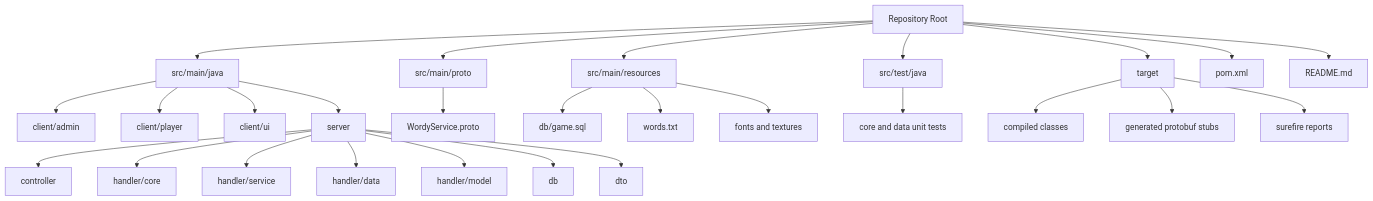
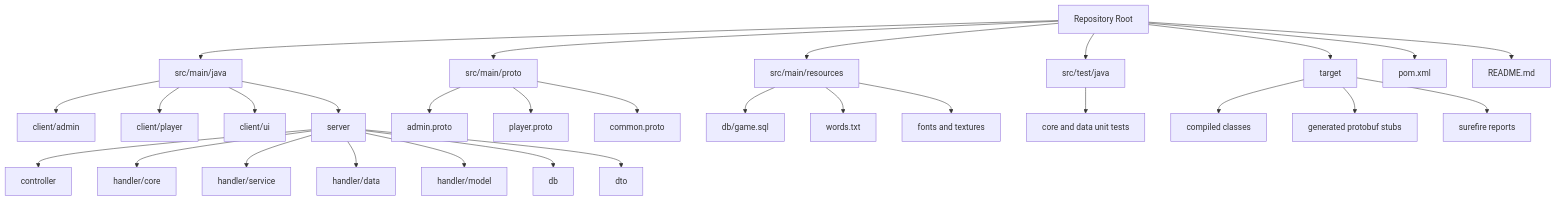
One commit to YuriHa-op/Wordy changed the first of 11 diagrams in REPOSITORY_DEEP_DIVE.md. Above: the diagram before and after it, drawn with Mermaid. The commit also changed other lines of this file and 42 other files, not shown here.

````diff
--- a/REPOSITORY_DEEP_DIVE.md
+++ b/REPOSITORY_DEEP_DIVE.md
@@ -60,32 +60,34 @@
 ```mermaid
 flowchart TD
     A[Repository Root] --> B[src/main/java]
     A --> C[src/main/proto]
     A --> D[src/main/resources]
     A --> E[src/test/java]
     A --> F[target]
     A --> G[pom.xml]
     A --> H[README.md]
 
     B --> B1[client/admin]
     B --> B2[client/player]
     B --> B3[client/ui]
     B --> B4[server]
 
     B4 --> B41[controller]
     B4 --> B42[handler/core]
     B4 --> B43[handler/service]
     B4 --> B44[handler/data]
     B4 --> B45[handler/model]
     B4 --> B46[db]
     B4 --> B47[dto]
 
-    C --> C1[WordyService.proto]
+    C --> C1[admin.proto]
+    C --> C2[player.proto]
+    C --> C3[common.proto]
     D --> D1[db/game.sql]
     D --> D2[words.txt]
     D --> D3[fonts and textures]
     E --> E1[core and data unit tests]
     F --> F1[compiled classes]
     F --> F2[generated protobuf stubs]
     F --> F3[surefire reports]
 ```
````
